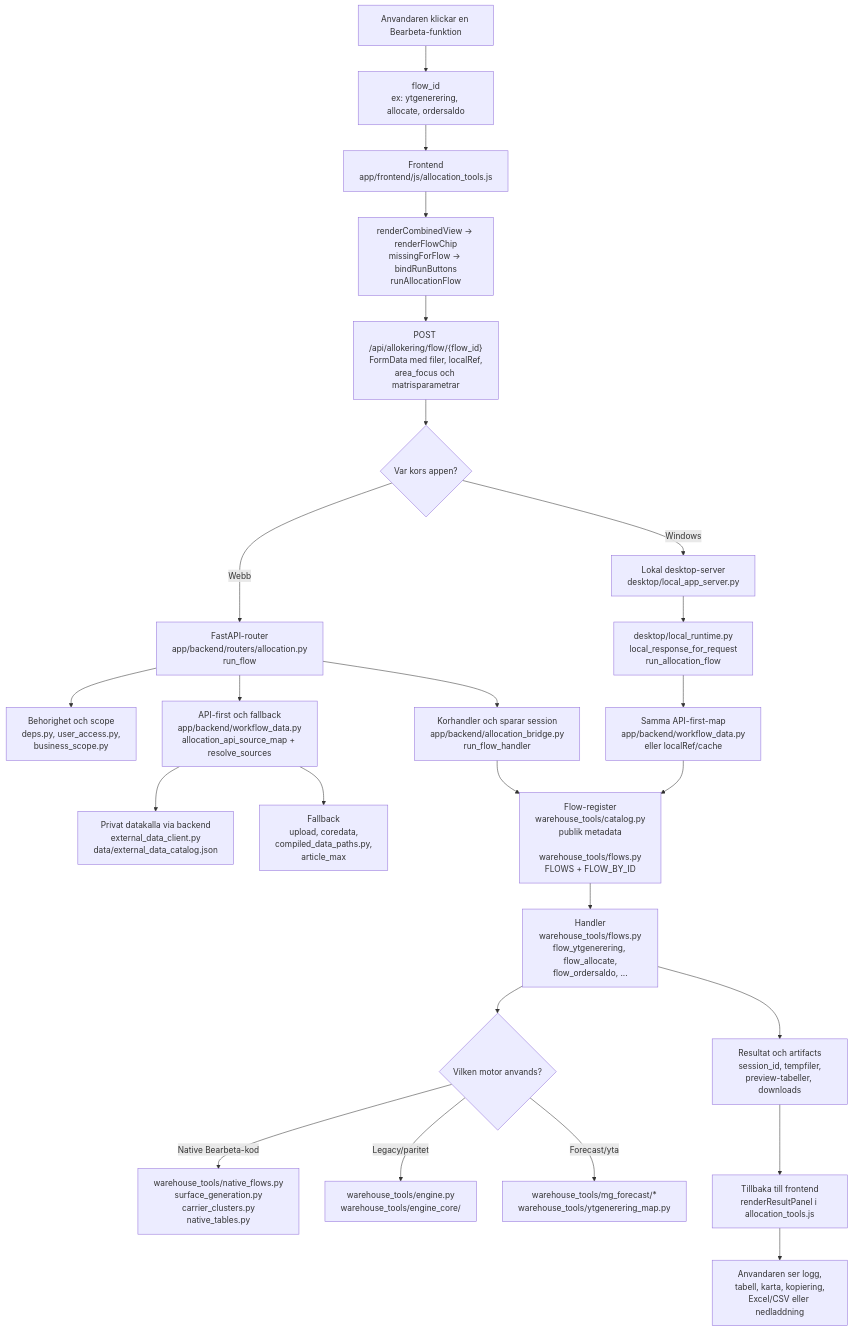
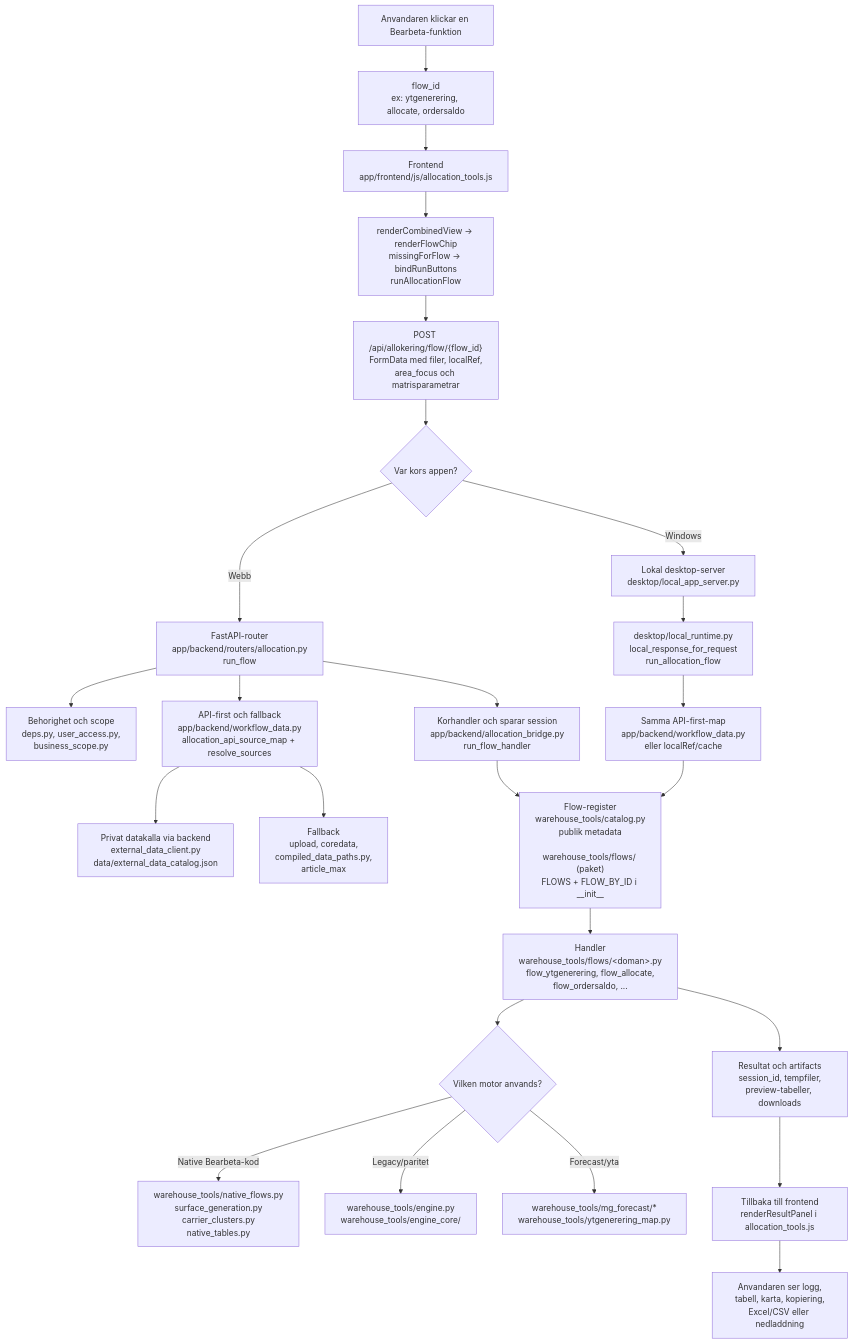
Before and after one commit to EmirKadr/flow: the fourth of 4 diagrams in wiki/warehouse-tools.md, drawn with Mermaid. The commit also changed other lines of this file and 65 other files, not shown here.

````diff
--- a/wiki/warehouse-tools.md
+++ b/wiki/warehouse-tools.md
@@ -175,34 +175,34 @@
 ```mermaid
 flowchart TB
   Use["Anvandaren klickar en Bearbeta-funktion"] --> FlowId["flow_id<br/>ex: ytgenerering, allocate, ordersaldo"]
 
   FlowId --> Frontend["Frontend<br/>app/frontend/js/allocation_tools.js"]
   Frontend --> FrontendFns["renderCombinedView -> renderFlowChip<br/>missingForFlow -> bindRunButtons<br/>runAllocationFlow"]
   FrontendFns --> Post["POST /api/allokering/flow/{flow_id}<br/>FormData med filer, localRef,<br/>area_focus och matrisparametrar"]
 
   Post --> Client{"Var kors appen?"}
 
   Client -- "Webb" --> Router["FastAPI-router<br/>app/backend/routers/allocation.py<br/>run_flow"]
   Router --> Access["Behorighet och scope<br/>deps.py, user_access.py,<br/>business_scope.py"]
   Router --> Sources["API-first och fallback<br/>app/backend/workflow_data.py<br/>allocation_api_source_map + resolve_sources"]
   Sources --> External["Privat datakalla via backend<br/>external_data_client.py<br/>data/external_data_catalog.json"]
   Sources --> Fallback["Fallback<br/>upload, coredata,<br/>compiled_data_paths.py,<br/>article_max"]
   Router --> Bridge["Korhandler och sparar session<br/>app/backend/allocation_bridge.py<br/>run_flow_handler"]
 
   Client -- "Windows" --> LocalServer["Lokal desktop-server<br/>desktop/local_app_server.py"]
   LocalServer --> LocalRuntime["desktop/local_runtime.py<br/>local_response_for_request<br/>run_allocation_flow"]
   LocalRuntime --> LocalSources["Samma API-first-map<br/>app/backend/workflow_data.py<br/>eller localRef/cache"]
 
-  Bridge --> Registry["Flow-register<br/>warehouse_tools/catalog.py<br/>publik metadata<br/><br/>warehouse_tools/flows.py<br/>FLOWS + FLOW_BY_ID"]
+  Bridge --> Registry["Flow-register<br/>warehouse_tools/catalog.py<br/>publik metadata<br/><br/>warehouse_tools/flows/ (paket)<br/>FLOWS + FLOW_BY_ID i __init__"]
   LocalSources --> Registry
-  Registry --> Handler["Handler<br/>warehouse_tools/flows.py<br/>flow_ytgenerering, flow_allocate,<br/>flow_ordersaldo, ..."]
+  Registry --> Handler["Handler<br/>warehouse_tools/flows/&lt;doman&gt;.py<br/>flow_ytgenerering, flow_allocate,<br/>flow_ordersaldo, ..."]
 
   Handler --> EngineChoice{"Vilken motor anvands?"}
   EngineChoice -- "Native Bearbeta-kod" --> Native["warehouse_tools/native_flows.py<br/>surface_generation.py<br/>carrier_clusters.py<br/>native_tables.py"]
   EngineChoice -- "Legacy/paritet" --> Legacy["warehouse_tools/engine.py<br/>warehouse_tools/engine_core/"]
   EngineChoice -- "Forecast/yta" --> Forecast["warehouse_tools/mg_forecast/*<br/>warehouse_tools/ytgenerering_map.py"]
 
   Handler --> Result["Resultat och artifacts<br/>session_id, tempfiler,<br/>preview-tabeller, downloads"]
   Result --> Render["Tillbaka till frontend<br/>renderResultPanel i allocation_tools.js"]
   Render --> User["Anvandaren ser logg,<br/>tabell, karta, kopiering,<br/>Excel/CSV eller nedladdning"]
 ```
````
